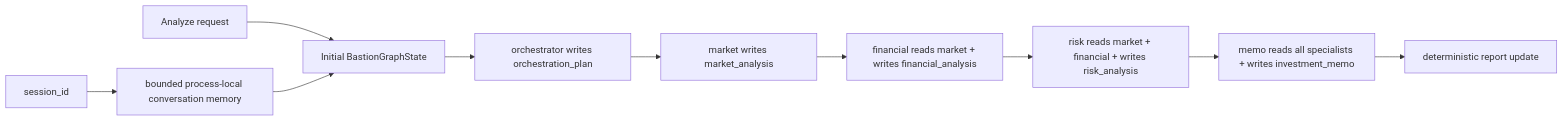
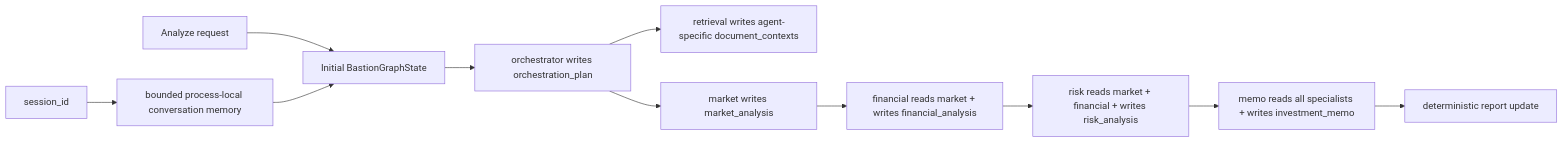
The third of 3 diagrams in README.md (rogerrrmalcolm/Bastion), drawn with Mermaid before and after one commit. The commit also changed other lines of this file and 15 other files, not shown here.

````diff
--- a/README.md
+++ b/README.md
@@ -98,13 +99,14 @@
 ```mermaid
 flowchart LR
     Request["Analyze request"] --> State0["Initial BastionGraphState"]
     State0 --> O["orchestrator writes orchestration_plan"]
+    O --> Docs["retrieval writes agent-specific document_contexts"]
     O --> M["market writes market_analysis"]
     M --> F["financial reads market + writes financial_analysis"]
     F --> R["risk reads market + financial + writes risk_analysis"]
     R --> Memo["memo reads all specialists + writes investment_memo"]
     Memo --> Report["deterministic report update"]
 
     SessionID["session_id"] --> Memory["bounded process-local conversation memory"]
     Memory --> State0
 ```
````
